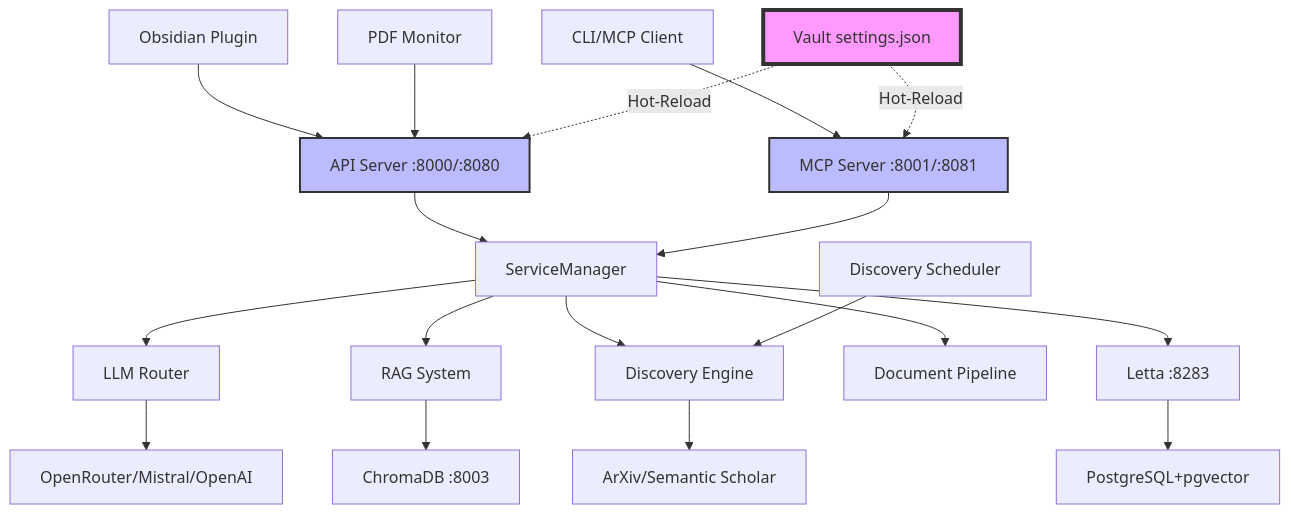
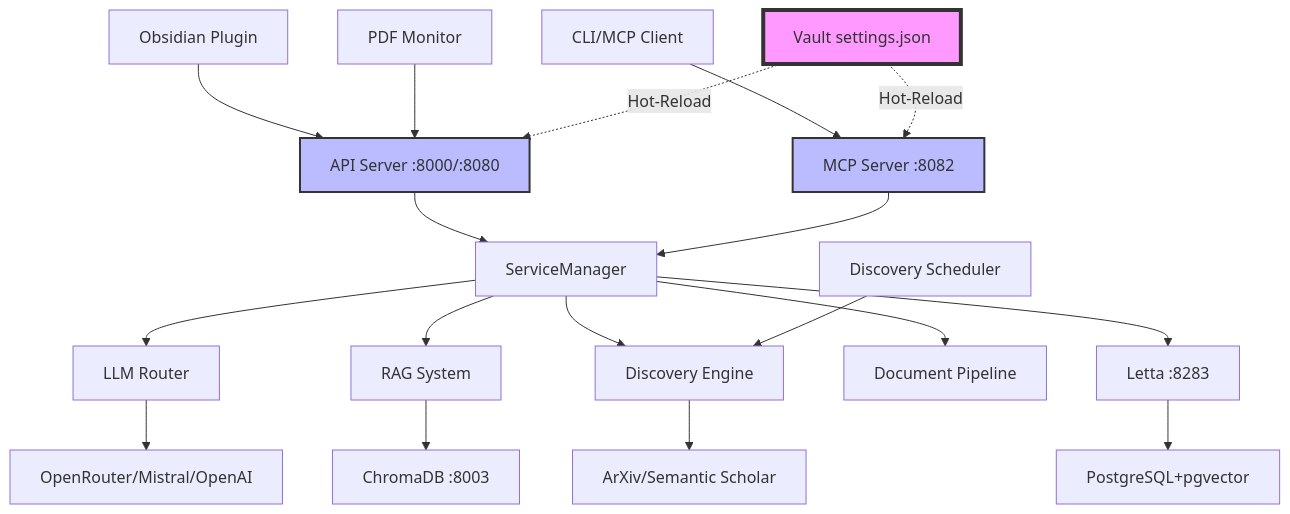
The diagram in README.md (acertainKnight/project-thoth), drawn with Mermaid before and after one commit. The commit also changed other lines of this file and 18 other files, not shown here.

````diff
--- a/README.md
+++ b/README.md
@@ -247,30 +247,30 @@
 ```mermaid
 graph TD
     A[Obsidian Plugin] --> B[API Server :8000/:8080]
-    C[CLI/MCP Client] --> D[MCP Server :8001/:8081]
+    C[CLI/MCP Client] --> D[MCP Server :8082]
 
     B --> E[ServiceManager]
     D --> E
 
     E --> F[LLM Router]
     E --> G[RAG System]
     E --> H[Discovery Engine]
     E --> I[Document Pipeline]
 
     F --> J[OpenRouter/Mistral/OpenAI]
     G --> K[ChromaDB :8003]
     E --> L[Letta :8283]
     H --> M[ArXiv/Semantic Scholar]
 
     L --> N[PostgreSQL+pgvector]
 
     O[PDF Monitor] --> B
     P[Discovery Scheduler] --> H
 
     Q[Vault settings.json] -.->|Hot-Reload| B
     Q -.->|Hot-Reload| D
 
     style Q fill:#f9f,stroke:#333,stroke-width:4px
     style B fill:#bbf,stroke:#333,stroke-width:2px
     style D fill:#bbf,stroke:#333,stroke-width:2px
 ```
````
